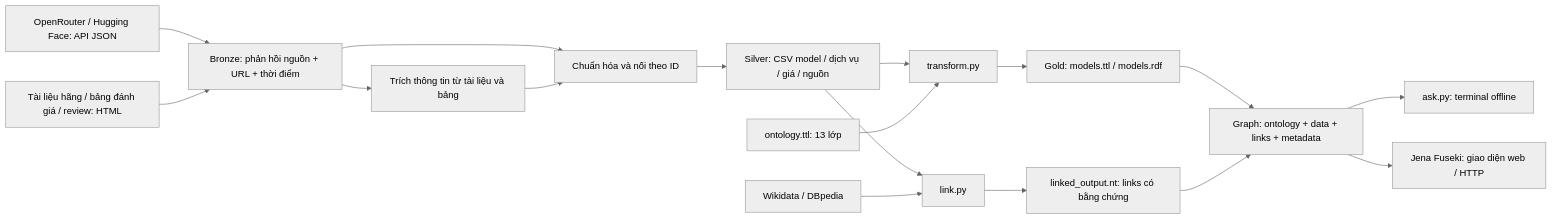
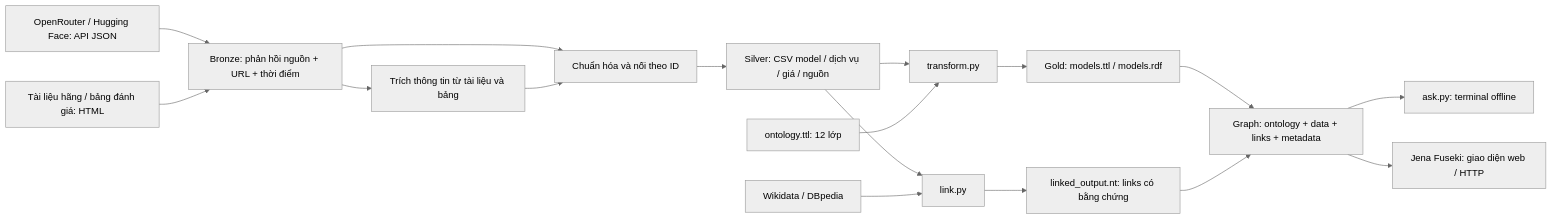
One commit to BroDSMaster/semantic-web-ai-models changed the diagram in README.md. Above: the diagram before and after it, drawn with Mermaid (neutral theme). The commit also changed other lines of this file and 62 other files, not shown here.

````diff
--- a/README.md
+++ b/README.md
@@ -13,16 +13,16 @@
 ```mermaid
 flowchart LR
   API["OpenRouter / Hugging Face: API JSON"] --> B["Bronze: phản hồi nguồn + URL + thời điểm"]
-  WEB["Tài liệu hãng / bảng đánh giá / review: HTML"] --> B
+  WEB["Tài liệu hãng / bảng đánh giá: HTML"] --> B
   B --> E["Trích thông tin từ tài liệu và bảng"]
   B --> N["Chuẩn hóa và nối theo ID"]
   E --> N --> S["Silver: CSV model / dịch vụ / giá / nguồn"]
   S --> T["transform.py"] --> G["Gold: models.ttl / models.rdf"]
-  O["ontology.ttl: 13 lớp"] --> T
+  O["ontology.ttl: 12 lớp"] --> T
   S --> L["link.py"]
   WD["Wikidata / DBpedia"] --> L --> LINKS["linked_output.nt: links có bằng chứng"]
   G --> Q["Graph: ontology + data + links + metadata"]
   LINKS --> Q
   Q --> CLI["ask.py: terminal offline"]
   Q --> F["Jena Fuseki: giao diện web / HTTP"]
 ```
````
